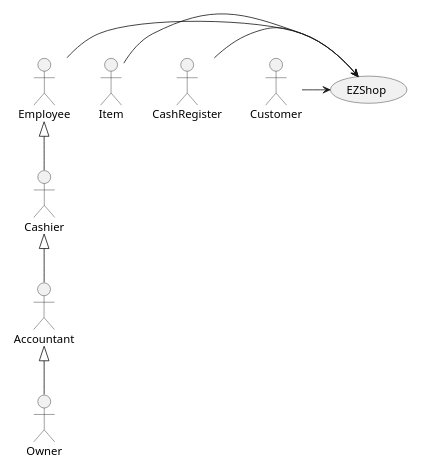
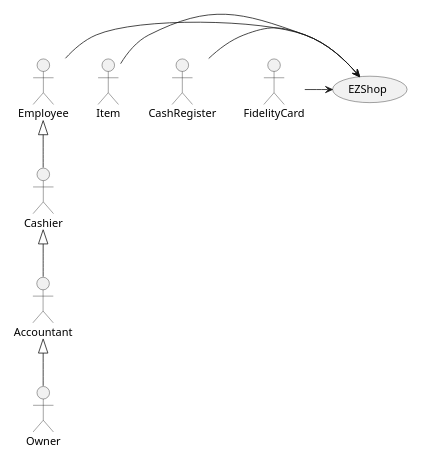
The first of 4 diagrams in Deliverables/RequirementsDocument.md (djemar/softeng_ezshop), drawn with PlantUML before and after one commit. The commit also changed other lines of this file, not shown here.

Commit message:
usecasediagram-contextdiagram-actor-rights-FR modified

````diff
--- a/Deliverables/RequirementsDocument.md
+++ b/Deliverables/RequirementsDocument.md
@@ -72,20 +72,20 @@
 ```plantuml
 scale 300 width
 top to bottom direction
 actor Owner as o
 actor Employee as e
 actor CashRegister as ca
 actor Item as i
 actor Accountant as acc
 actor Cashier as cas
-actor Customer as cu
+actor FidelityCard as cu
 
 o -up-|> acc
 cas -up-|> e
 acc -up-|> cas
 i -> (EZShop)
 e -> (EZShop)
 ca -> (EZShop)
 cu -> (EZShop)
 
 ```
````
